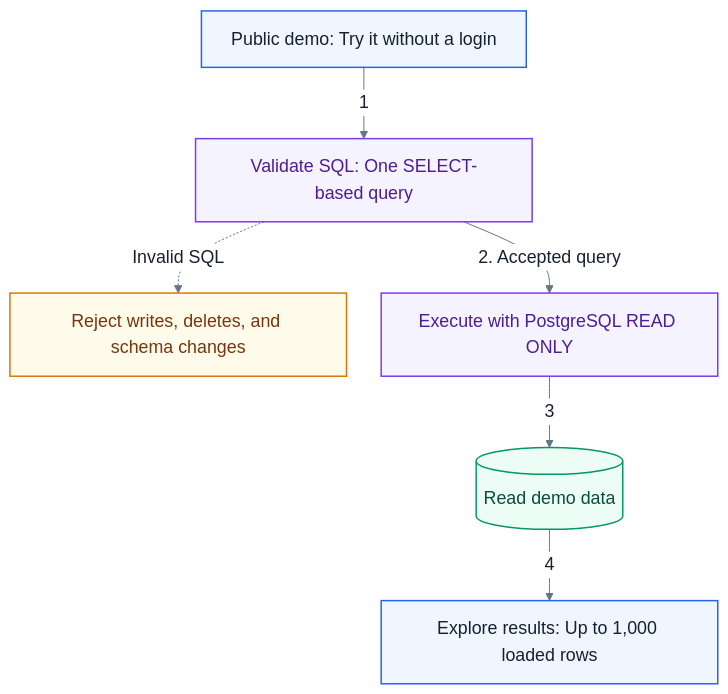
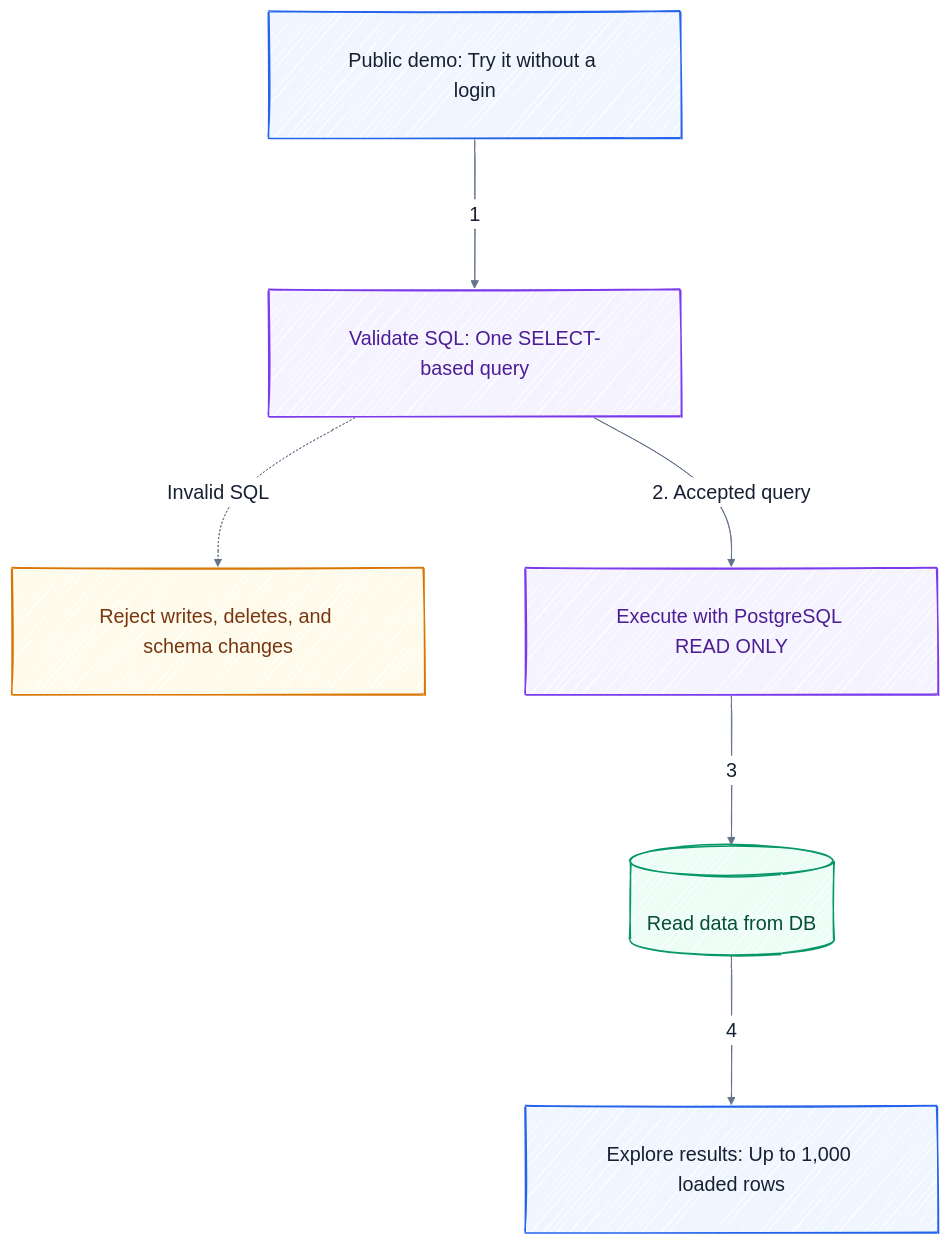
Before and after one commit to vshete/sql-query-app: the diagram in mermaid/06-security.mmd, drawn with Mermaid. The commit also changed 54 other files, not shown here.

```diff
--- a/mermaid/06-security.mmd
+++ b/mermaid/06-security.mmd
@@ -1,23 +1,23 @@
-%%{init: {"theme":"base","fontFamily":"Arial, sans-serif","themeVariables":{"fontSize":"18px","lineColor":"#64748b","primaryTextColor":"#172033","edgeLabelBackground":"#ffffff","clusterBkg":"#f8fafc","clusterBorder":"#cbd5e1"},"flowchart":{"curve":"basis","nodeSpacing":35,"rankSpacing":45,"wrappingWidth":280}}}%%
+%%{init: {"theme":"base","fontFamily":"Virgil","themeVariables":{"fontSize":"20px","lineColor":"#64748b","primaryTextColor":"#172033","edgeLabelBackground":"#ffffff","clusterBkg":"#f8fafc","clusterBorder":"#cbd5e1","fontFamily":"Virgil"},"flowchart":{"curve":"basis","nodeSpacing":100,"rankSpacing":120,"wrappingWidth":280,"padding":34,"subGraphTitleMargin":{"top":18,"bottom":38}},"look":"handDrawn","handDrawnSeed":42}}%%
 flowchart TB
     accTitle: Public demo — open access with read-only queries
     accDescr: Anyone can try the demonstration without logging in. The app validates a single SELECT-based query and rejects writes, deletes, and schema changes. Accepted queries run in a read-only PostgreSQL transaction and return up to 1,000 rows. Dataset seeding is separate from this query path.
     %% Companion guide: docs/security.md
 
     VISITOR["Public demo: Try it without a login"]:::view
     CHECK["Validate SQL: One SELECT-based query"]:::work
     REJECT["Reject writes, deletes, and schema changes"]:::note
     TRANSACTION["Execute with PostgreSQL READ ONLY"]:::work
-    DB[("Read demo data")]:::data
+    DB[("Read data from DB")]:::data
     RESULT["Explore results: Up to 1,000 loaded rows"]:::view
 
     VISITOR -->|1| CHECK
     CHECK -->|2. Accepted query| TRANSACTION
     CHECK -.->|Invalid SQL| REJECT
     TRANSACTION -->|3| DB
     DB -->|4| RESULT
 
     classDef view fill:#eff6ff,stroke:#2563eb,color:#172033,stroke-width:1.5px;
     classDef work fill:#f5f3ff,stroke:#7c3aed,color:#4c1d95,stroke-width:1.5px;
     classDef data fill:#ecfdf5,stroke:#059669,color:#064e3b,stroke-width:1.5px;
     classDef note fill:#fffbeb,stroke:#d97706,color:#78350f,stroke-width:1.5px;
```
